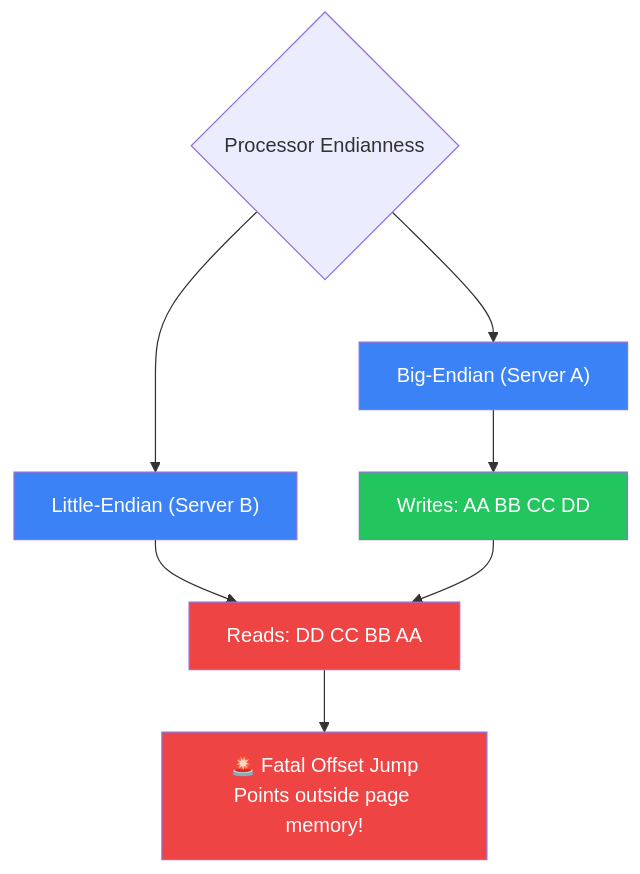
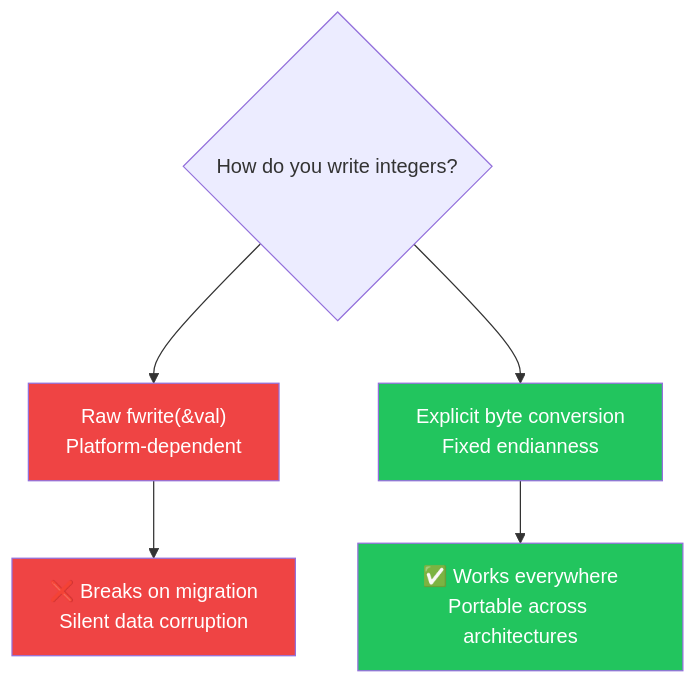
The sixth of 7 diagrams in Database/Database Internal Book version/1-Storage Engine/Chapter-3 File Formats/FileFormat.md (Patel-Neel-346/Notes), drawn with Mermaid before and after one commit. The commit also changed other lines of this file and 2 other files, not shown here.

````diff
--- a/Database/Database Internal Book version/1-Storage Engine/Chapter-3 File Formats/FileFormat.md
+++ b/Database/Database Internal Book version/1-Storage Engine/Chapter-3 File Formats/FileFormat.md
@@ -157,15 +340,12 @@
 ```mermaid
 flowchart TD
-    A{"Processor Endianness"} --> B["Big-Endian (Server A)"]
-    A --> C["Little-Endian (Server B)"]
-    B --> D["Writes: AA BB CC DD"]
-    C --> E["Reads: DD CC BB AA"]
-    D --> E
-    E --> F["🚨 Fatal Offset Jump\nPoints outside page memory!"]
+    A{"How do you write integers?"} --> B["Raw fwrite(&val)\nPlatform-dependent"]
+    A --> C["Explicit byte conversion\nFixed endianness"]
+    B --> D["❌ Breaks on migration\nSilent data corruption"]
+    C --> E["✅ Works everywhere\nPortable across architectures"]
     
-    style B fill:#3b82f6,color:#fff
-    style C fill:#3b82f6,color:#fff
-    style D fill:#22c55e,color:#fff
-    style E fill:#ef4444,color:#fff
-    style F fill:#ef4444,color:#fff
+    style B fill:#ef4444,color:#fff
+    style C fill:#22c55e,color:#fff
+    style D fill:#ef4444,color:#fff
+    style E fill:#22c55e,color:#fff
 ```
````
